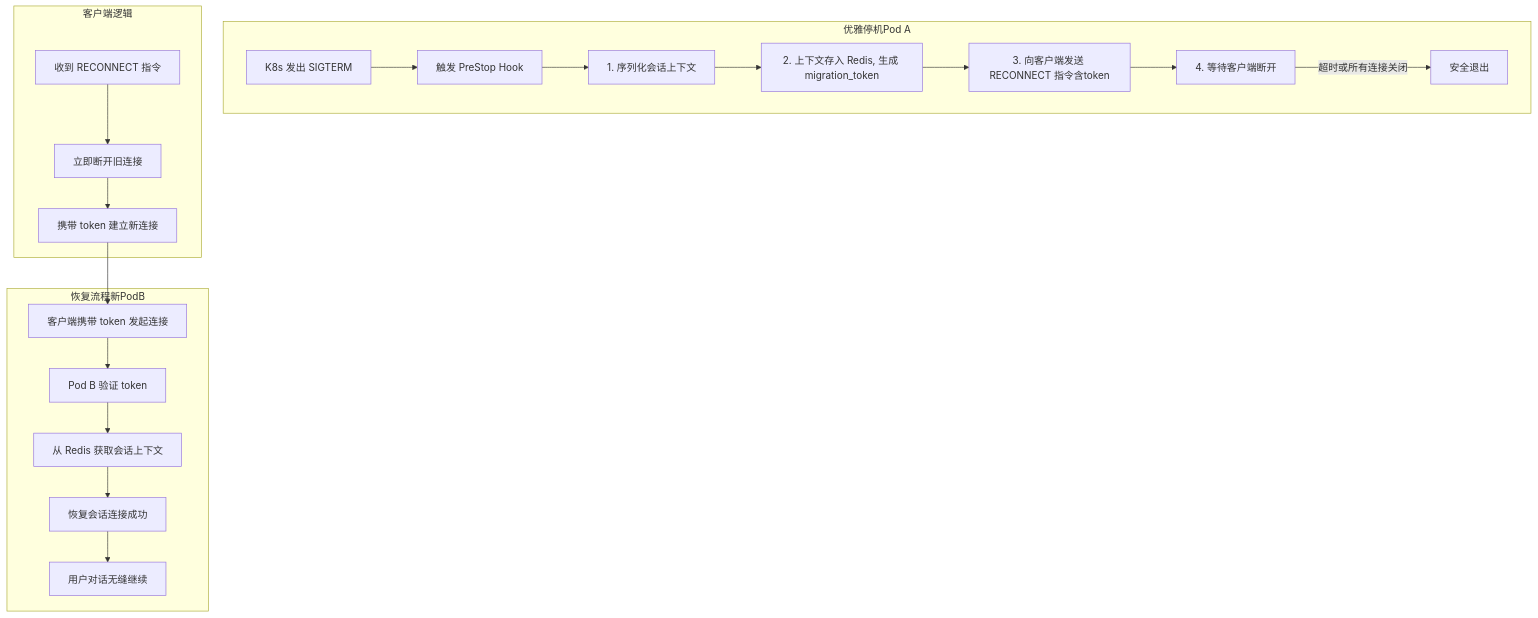
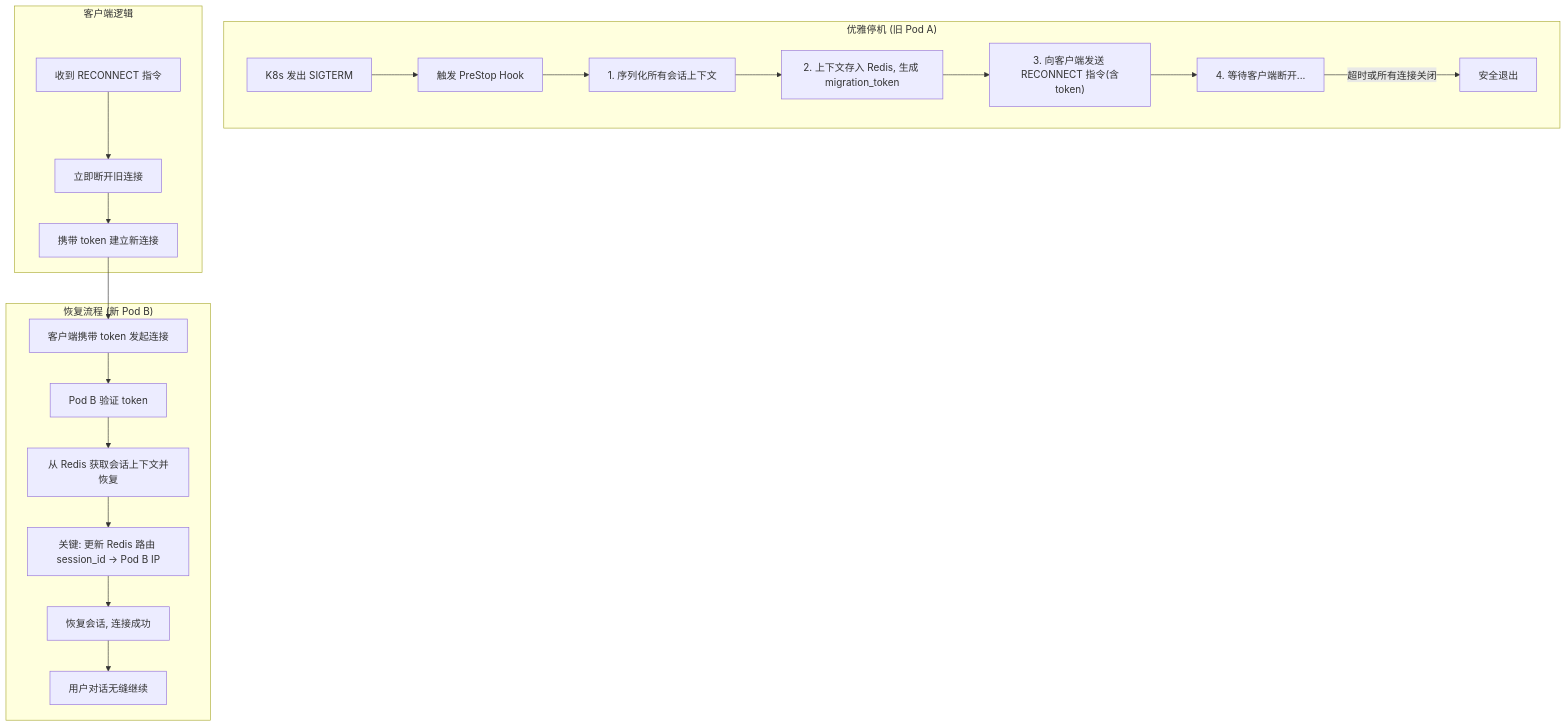
The second of 2 diagrams in distributed/架构演进：为“AI语音伴侣”构建永不中断的实时通信网关.md (iheCoder/code_for_article), drawn with Mermaid before and after one commit. The commit also changed other lines of this file, not shown here.

````diff
--- a/distributed/架构演进：为“AI语音伴侣”构建永不中断的实时通信网关.md
+++ b/distributed/架构演进：为“AI语音伴侣”构建永不中断的实时通信网关.md
@@ -73,25 +85,26 @@
 ```mermaid
 graph TD
-    subgraph "优雅停机Pod A"
-        A["K8s 发出 SIGTERM"] --> B["触发 PreStop Hook"]
-        B --> C["1. 序列化会话上下文"]
-        C --> D["2. 上下文存入 Redis, 生成 migration_token"]
-        D --> E["3. 向客户端发送 RECONNECT 指令含token"]
-        E --> F["4. 等待客户端断开"]
-        F -->|超时或所有连接关闭| G["安全退出"]
+    subgraph "优雅停机 (旧 Pod A)"
+        A["K8s 发出 SIGTERM"] --> B["触发 PreStop Hook"];
+        B --> C["1. 序列化所有会话上下文"];
+        C --> D["2. 上下文存入 Redis, 生成 migration_token"];
+        D --> E["3. 向客户端发送 RECONNECT 指令(含token)"];
+        E --> F["4. 等待客户端断开..."];
+        F -- 超时或所有连接关闭 --> G["安全退出"];
     end
 
     subgraph "客户端逻辑"
-        H["收到 RECONNECT 指令"] --> I["立即断开旧连接"]
-        I --> J["携带 token 建立新连接"]
+        H["收到 RECONNECT 指令"] --> I["立即断开旧连接"];
+        I --> J["携带 token 建立新连接"];
     end
 
-    subgraph "恢复流程新PodB"
-        K["客户端携带 token 发起连接"] --> L["Pod B 验证 token"]
-        L --> M["从 Redis 获取会话上下文"]
-        M --> N["恢复会话连接成功"]
-        N --> O["用户对话无缝继续"]
+    subgraph "恢复流程 (新 Pod B)"
+        K["客户端携带 token 发起连接"] --> L["Pod B 验证 token"];
+        L --> M["从 Redis 获取会话上下文并恢复"];
+        M --> N["关键: 更新 Redis 路由 session_id -> Pod B IP"];
+        N --> O["恢复会话, 连接成功"];
+        O --> P["用户对话无缝继续"];
     end
 
     J --> K
 ```
````
